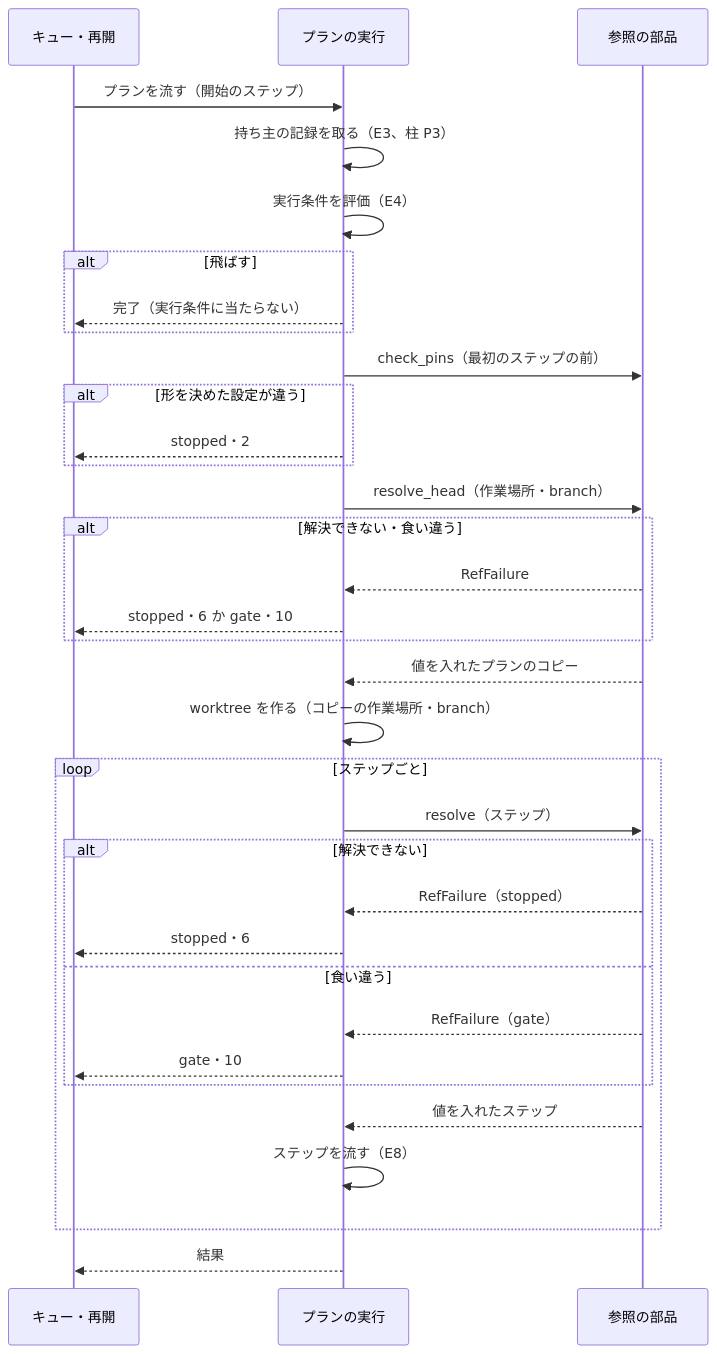
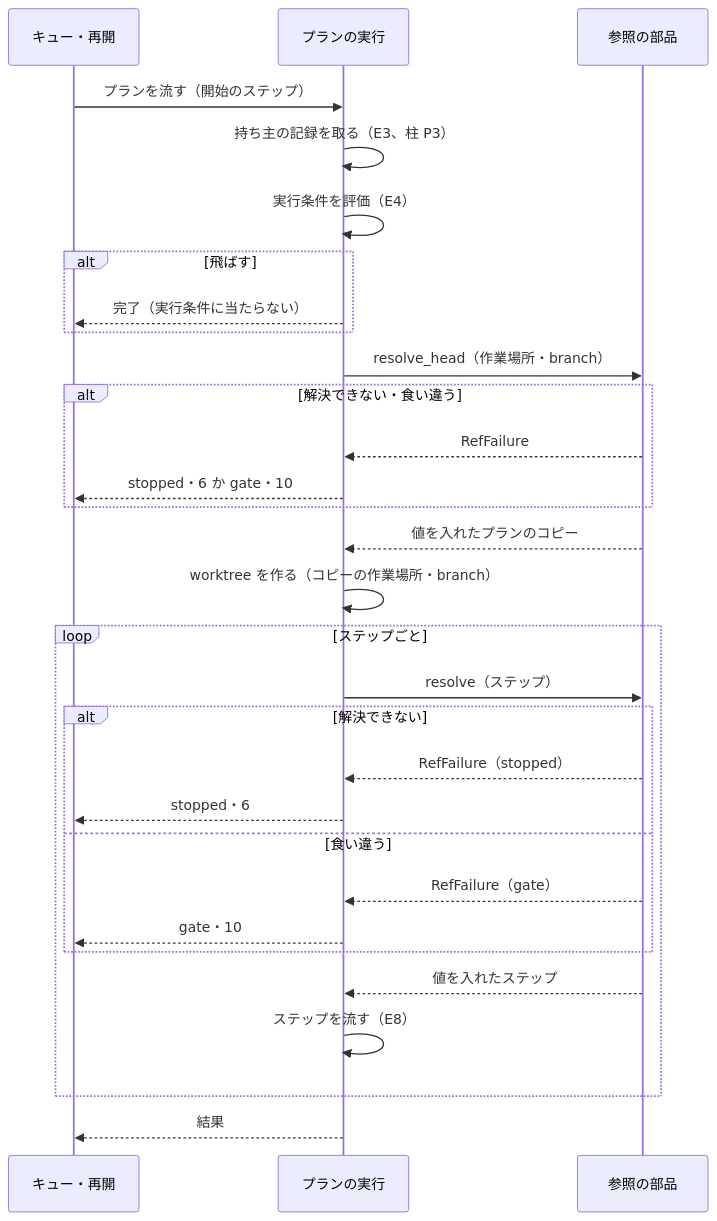
Before and after one commit to devbasex/ai-plugins: the third of 5 diagrams in issues/issue-2344-design.md, drawn with Mermaid. The commit also changed other lines of this file and 4 other files, not shown here.

````diff
--- a/issues/issue-2344-design.md
+++ b/issues/issue-2344-design.md
@@ -333,36 +300,32 @@
 ```mermaid
 sequenceDiagram
     participant C as キュー・再開
     participant E as プランの実行
     participant F as 参照の部品
     C->>E: プランを流す（開始のステップ）
     E->>E: 持ち主の記録を取る（E3、柱 P3）
     E->>E: 実行条件を評価（E4）
     alt 飛ばす
         E-->>C: 完了（実行条件に当たらない）
-    end
-    E->>F: check_pins（最初のステップの前）
-    alt 形を決めた設定が違う
-        E-->>C: stopped・2
     end
     E->>F: resolve_head（作業場所・branch）
     alt 解決できない・食い違う
         F-->>E: RefFailure
         E-->>C: stopped・6 か gate・10
     end
     F-->>E: 値を入れたプランのコピー
     E->>E: worktree を作る（コピーの作業場所・branch）
     loop ステップごと
         E->>F: resolve（ステップ）
         alt 解決できない
             F-->>E: RefFailure（stopped）
             E-->>C: stopped・6
         else 食い違う
             F-->>E: RefFailure（gate）
             E-->>C: gate・10
         end
         F-->>E: 値を入れたステップ
         E->>E: ステップを流す（E8）
     end
     E-->>C: 結果
 ```
````
